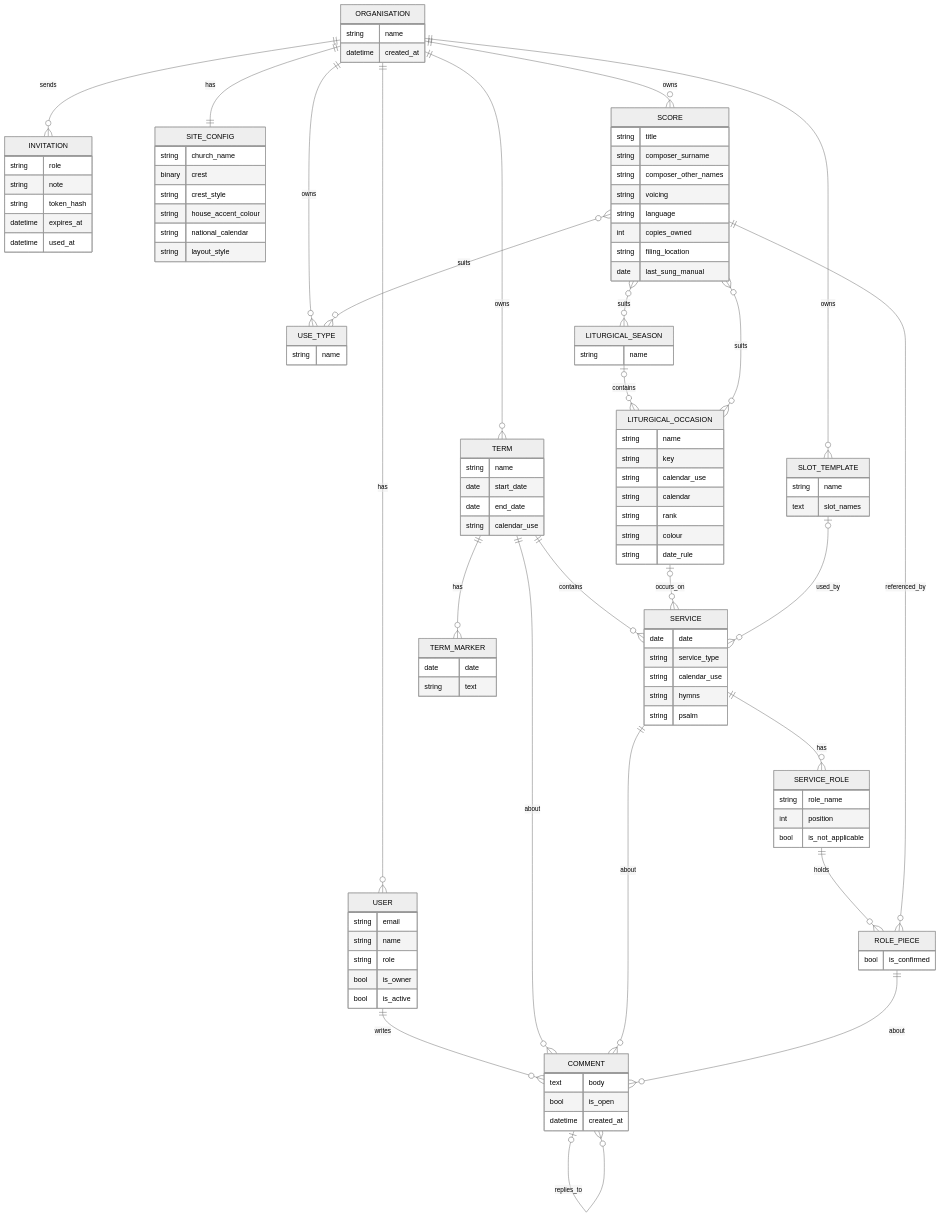
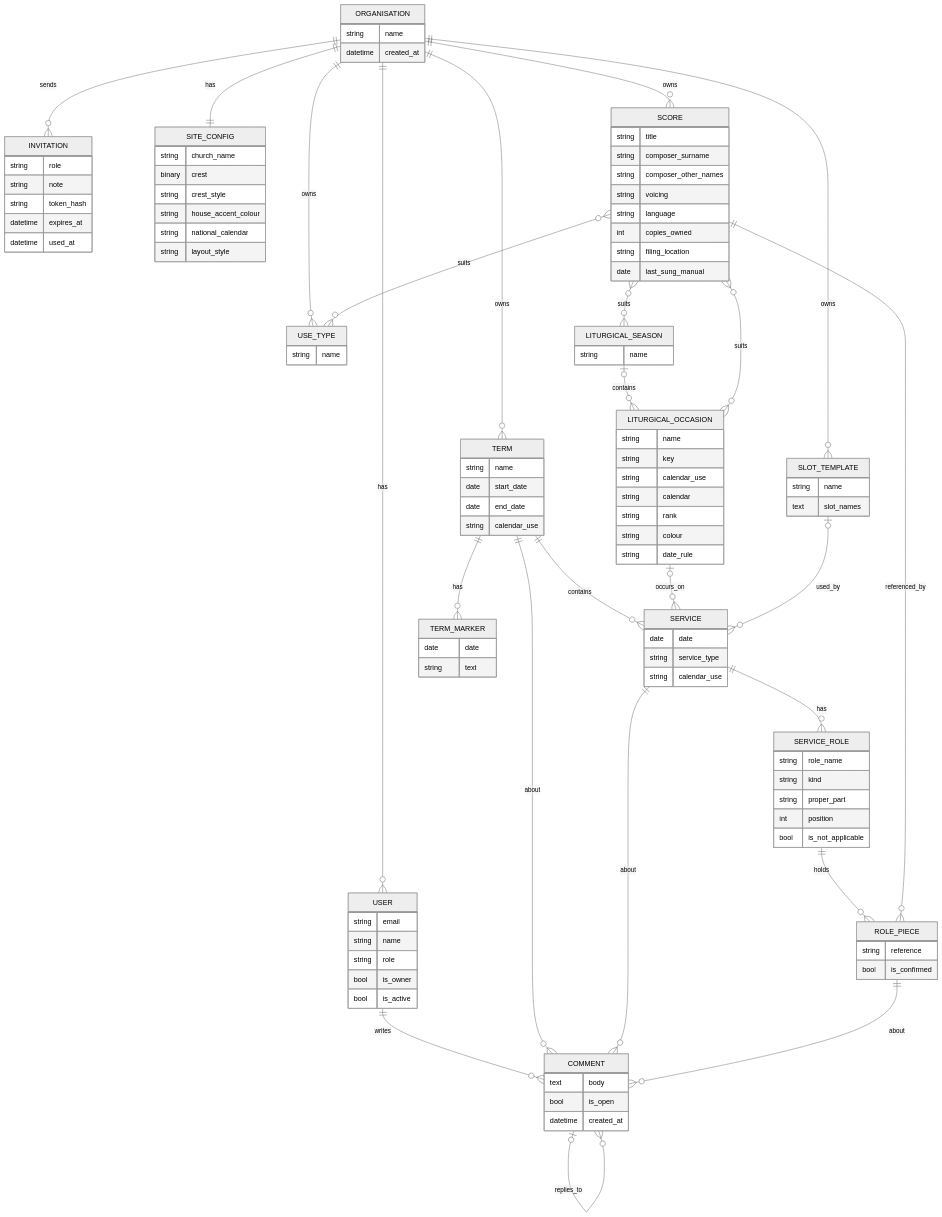
Before and after one commit to StockoL/precentor: the diagram in README.md, drawn with Mermaid (neutral theme). The commit also changed other lines of this file, not shown here.

First line of the commit message:
Describe slot kinds and reference pieces in the README

```diff
--- a/README.md
+++ b/README.md
@@ -827,11 +843,11 @@
     date date
     string service_type
     string calendar_use
-    string hymns
-    string psalm
   }
   SERVICE_ROLE {
     string role_name
+    string kind
+    string proper_part
     int position
     bool is_not_applicable
   }
@@ -840,6 +856,7 @@
     text slot_names
   }
   ROLE_PIECE {
+    string reference
     bool is_confirmed
   }
   SCORE {
```
